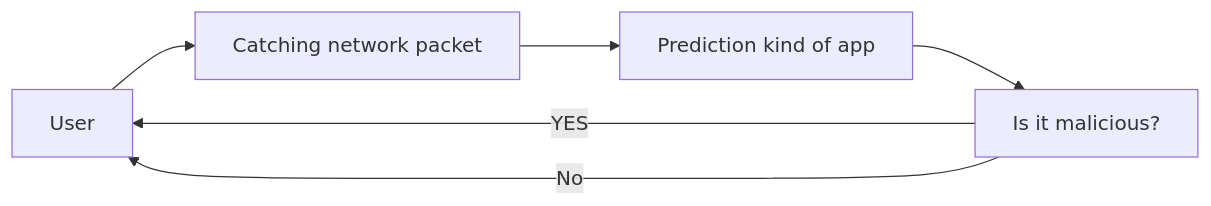
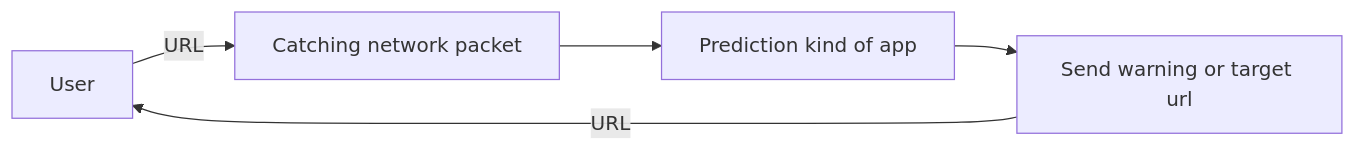
The third of 5 diagrams in README.md (maaelle/architecture_network_analysis), drawn with Mermaid before and after one commit. The commit also changed other lines of this file, not shown here.

````diff
--- a/README.md
+++ b/README.md
@@ -149,14 +149,12 @@
 ```mermaid
 flowchart LR
 USR[User]
 L1[Catching network packet]
 L2[Prediction kind of app]
-L3[Is it malicious?]
+L3[Send warning or target url]
 
-USR --> L1
+USR --> |URL| L1
 L1 --> L2
 L2 --> L3
-L3 --> |YES| USR
-L3 --> |No| USR
-
+L3 --> |URL| USR
 ```
````
